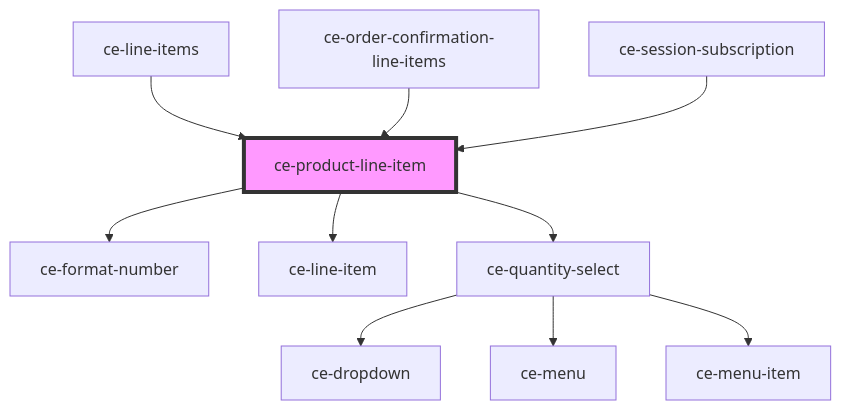
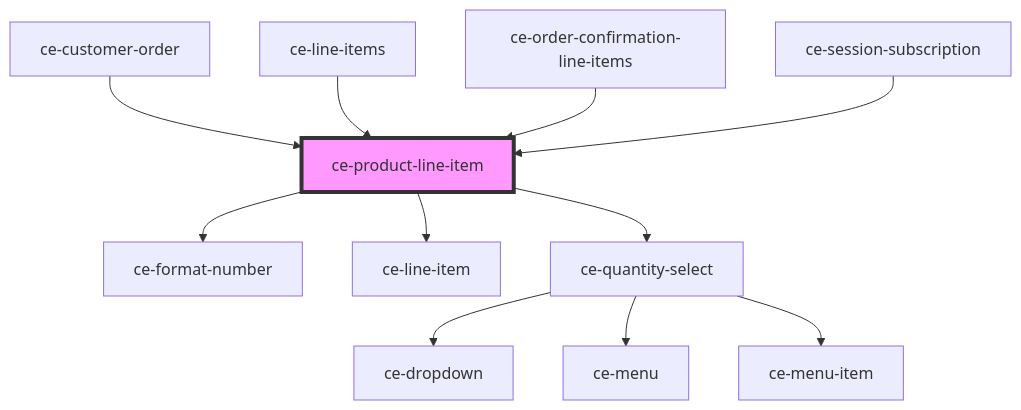
Before and after one commit to surecart/surecart-wp-plugin: the diagram in packages/components/src/components/ui/product-line-item/readme.md, drawn with Mermaid. The commit also changed other lines of this file and 241 other files, not shown here.

````diff
--- a/packages/components/src/components/ui/product-line-item/readme.md
+++ b/packages/components/src/components/ui/product-line-item/readme.md
@@ -46,13 +47,14 @@
 ```mermaid
 graph TD;
   ce-product-line-item --> ce-format-number
   ce-product-line-item --> ce-line-item
   ce-product-line-item --> ce-quantity-select
   ce-quantity-select --> ce-dropdown
   ce-quantity-select --> ce-menu
   ce-quantity-select --> ce-menu-item
+  ce-customer-order --> ce-product-line-item
   ce-line-items --> ce-product-line-item
   ce-order-confirmation-line-items --> ce-product-line-item
   ce-session-subscription --> ce-product-line-item
   style ce-product-line-item fill:#f9f,stroke:#333,stroke-width:4px
 ```
````
